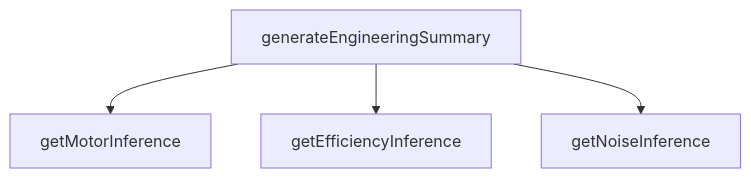
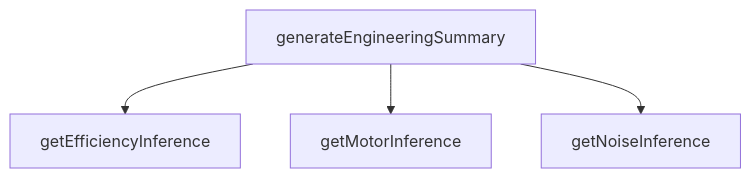
Before and after one commit to peckop/venthub-hvac-esite: the diagram in src/utils/engineeringIntelligence.md, drawn with Mermaid. The commit also changed other lines of this file and 723 other files, not shown here.

````diff
--- a/src/utils/engineeringIntelligence.md
+++ b/src/utils/engineeringIntelligence.md
@@ -120,10 +136,10 @@
 ```mermaid
 graph TD
     engineeringIntelligence_ts__generateEngineeringSummary["generateEngineeringSummary"]
     engineeringIntelligence_ts__getEfficiencyInference["getEfficiencyInference"]
     engineeringIntelligence_ts__getMotorInference["getMotorInference"]
     engineeringIntelligence_ts__getNoiseInference["getNoiseInference"]
+    engineeringIntelligence_ts__generateEngineeringSummary --> engineeringIntelligence_ts__getEfficiencyInference
     engineeringIntelligence_ts__generateEngineeringSummary --> engineeringIntelligence_ts__getMotorInference
-    engineeringIntelligence_ts__generateEngineeringSummary --> engineeringIntelligence_ts__getEfficiencyInference
     engineeringIntelligence_ts__generateEngineeringSummary --> engineeringIntelligence_ts__getNoiseInference
 ```
````
